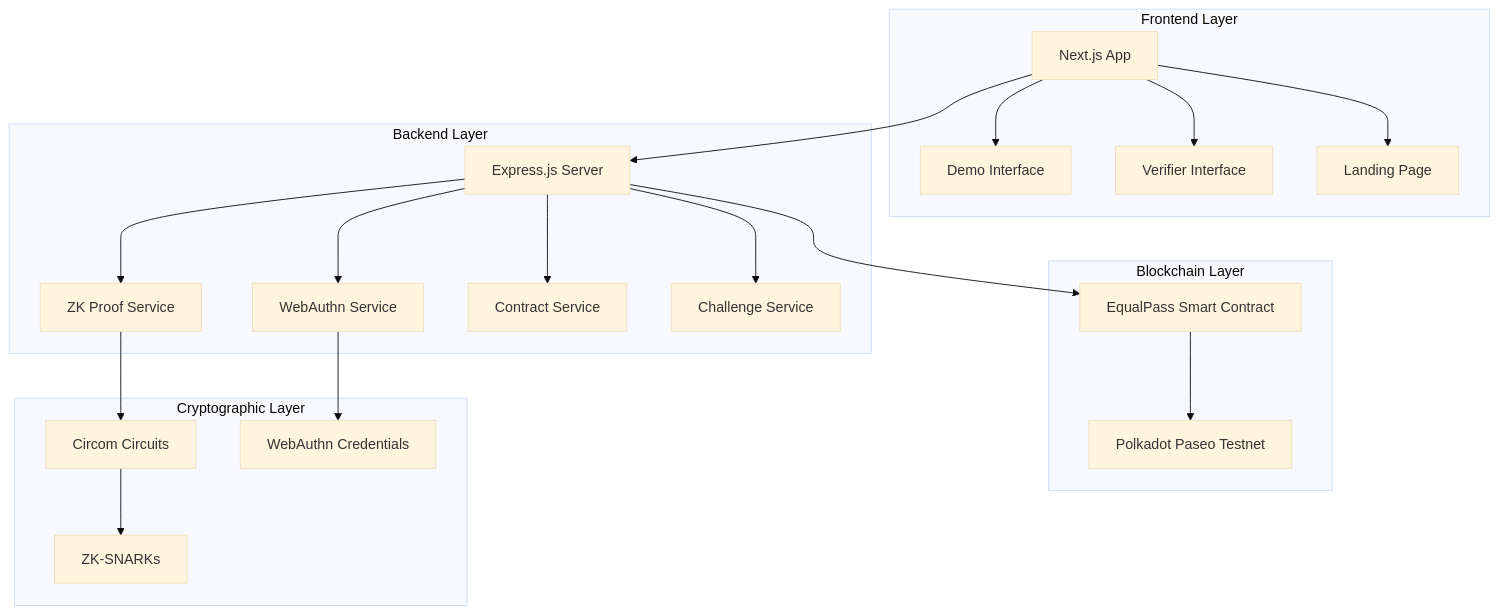
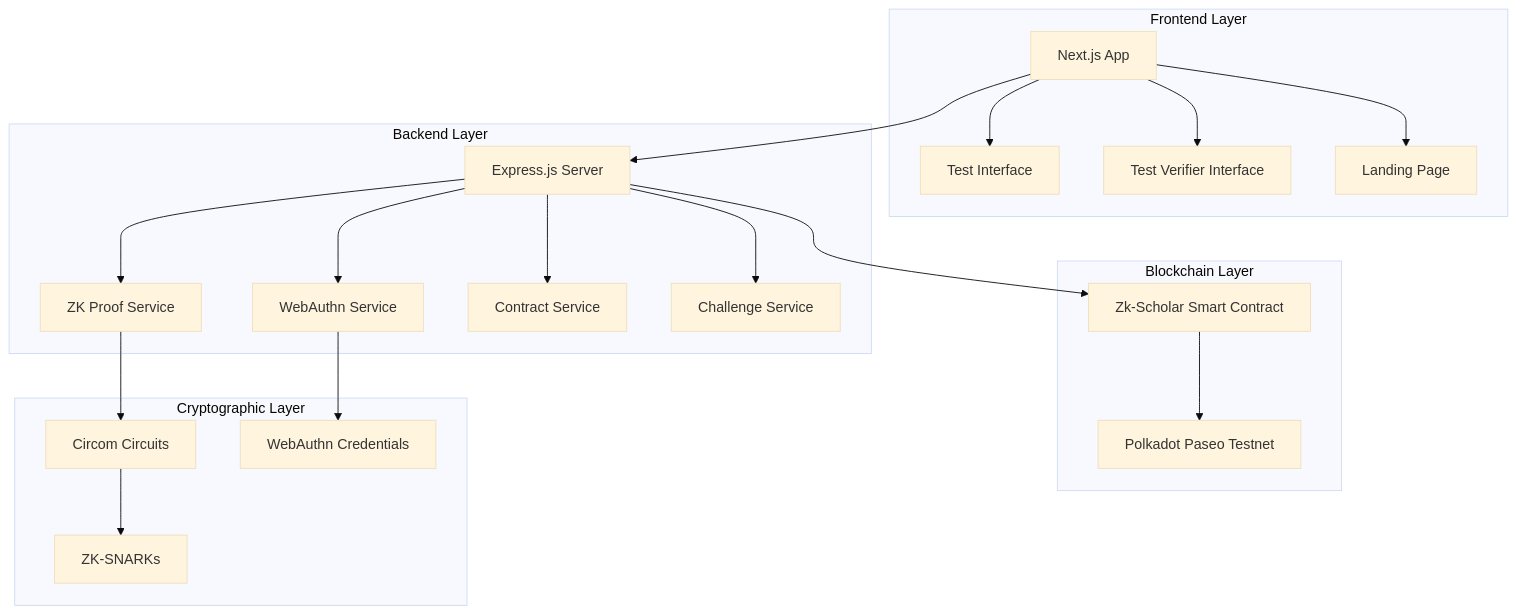
Before and after one commit to Abenavidese/EqualPass-Identity: the first of 4 diagrams in README.md, drawn with Mermaid (base theme). The commit also changed other lines of this file, not shown here.

First line of the commit message:
Rename project from EqualPass to Zk-Scholar

````diff
--- a/README.md
+++ b/README.md
@@ -46,33 +95,33 @@
 ```mermaid
 graph TB
     subgraph "Frontend Layer"
-        A[Next.js App] --> B[Demo Interface]
-        A --> C[Verifier Interface]
+        A[Next.js App] --> B[Test Interface]
+        A --> C[Test Verifier Interface]
         A --> D[Landing Page]
     end
     
     subgraph "Backend Layer"
         E[Express.js Server] --> F[WebAuthn Service]
         E --> G[ZK Proof Service]
         E --> H[Contract Service]
         E --> I[Challenge Service]
     end
     
     subgraph "Blockchain Layer"
-        J[EqualPass Smart Contract]
+        J[Zk-Scholar Smart Contract]
         K[Polkadot Paseo Testnet]
         J --> K
     end
     
     subgraph "Cryptographic Layer"
         L[Circom Circuits]
         M[ZK-SNARKs]
         N[WebAuthn Credentials]
         L --> M
     end
     
     A --> E
     E --> J
     G --> L
     F --> N
 ```
````
